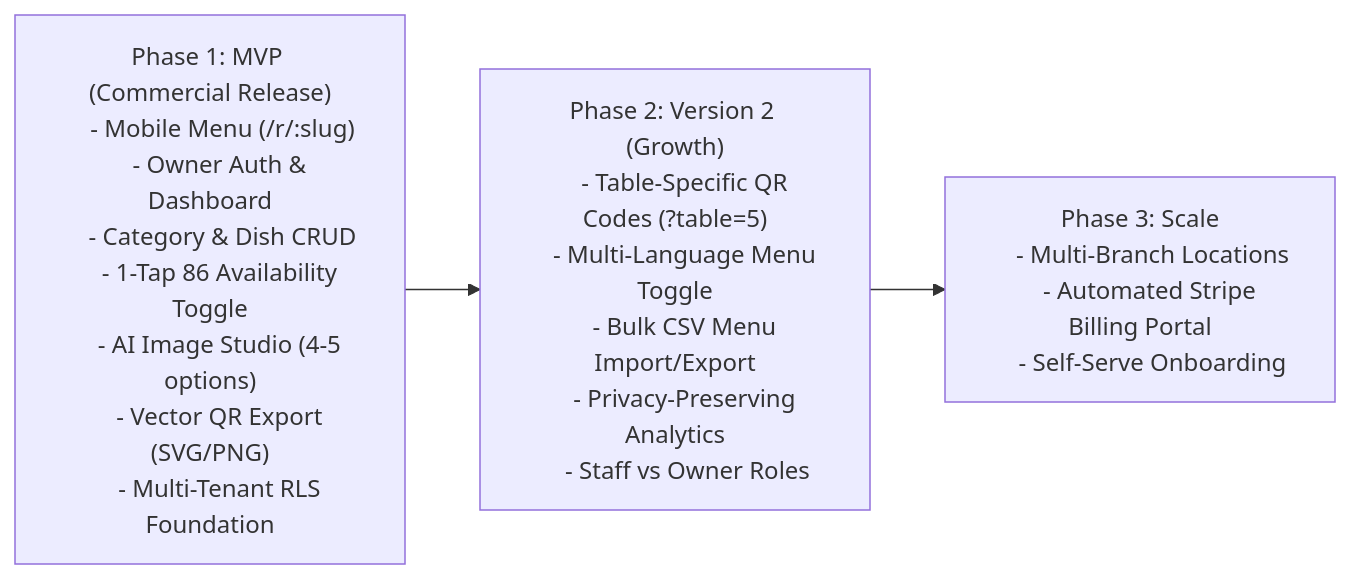
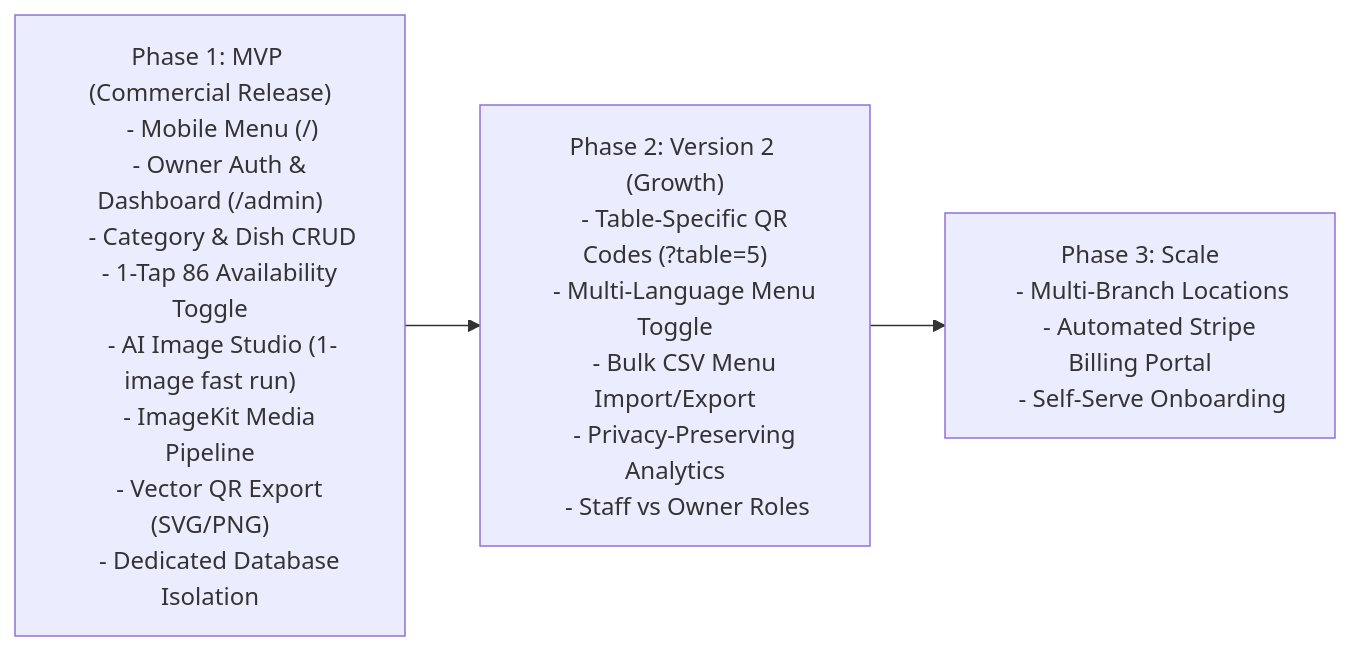
One commit to Ansh0308/DigiNu changed the diagram in README.md. Above: the diagram before and after it, drawn with Mermaid. The commit also changed other lines of this file and 28 other files, not shown here.

````diff
--- a/README.md
+++ b/README.md
@@ -123,23 +155,24 @@
 ```mermaid
 flowchart LR
     MVP["Phase 1: MVP (Commercial Release)
-    - Mobile Menu (/r/:slug)
-    - Owner Auth & Dashboard
+    - Mobile Menu (/)
+    - Owner Auth & Dashboard (/admin)
     - Category & Dish CRUD
     - 1-Tap 86 Availability Toggle
-    - AI Image Studio (4-5 options)
+    - AI Image Studio (1-image fast run)
+    - ImageKit Media Pipeline
     - Vector QR Export (SVG/PNG)
-    - Multi-Tenant RLS Foundation"] 
+    - Dedicated Database Isolation"] 
     
     --> V2["Phase 2: Version 2 (Growth)
     - Table-Specific QR Codes (?table=5)
     - Multi-Language Menu Toggle
     - Bulk CSV Menu Import/Export
     - Privacy-Preserving Analytics
     - Staff vs Owner Roles"]
     
     --> Future["Phase 3: Scale
     - Multi-Branch Locations
     - Automated Stripe Billing Portal
     - Self-Serve Onboarding"]
 ```
````
